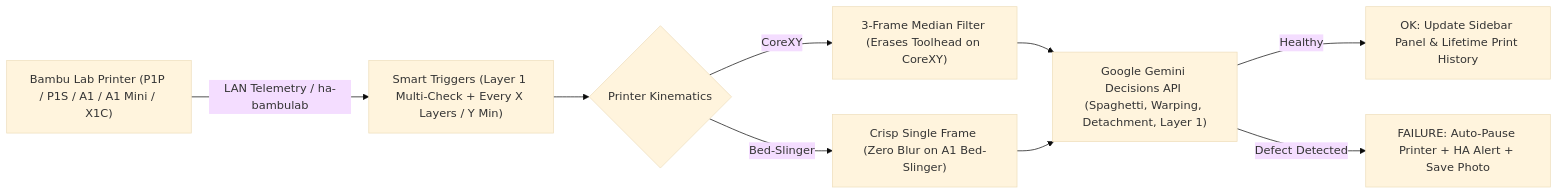
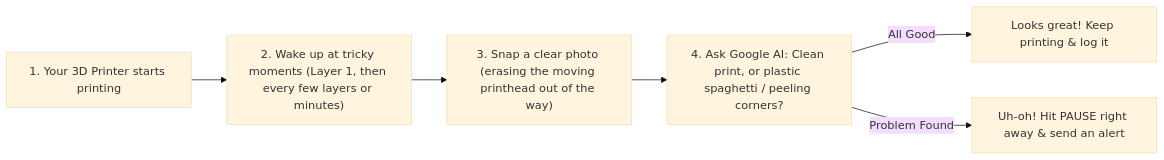
One commit to bibouinc/bambu-ai-guard changed the diagram in README.md. Above: the diagram before and after it, drawn with Mermaid (base theme).

Commit message:
docs: simplify Mermaid diagram to plain, beginner-friendly language

````diff
--- a/README.md
+++ b/README.md
@@ -36,20 +36,13 @@
 ```mermaid
 flowchart LR
-    P["Bambu Lab Printer (P1P / P1S / A1 / A1 Mini / X1C)"]
-    T["Smart Triggers (Layer 1 Multi-Check + Every X Layers / Y Min)"]
-    C{"Printer Kinematics"}
-    M["3-Frame Median Filter (Erases Toolhead on CoreXY)"]
-    S["Crisp Single Frame (Zero Blur on A1 Bed-Slinger)"]
-    AI["Google Gemini Decisions API (Spaghetti, Warping, Detachment, Layer 1)"]
-    OK["OK: Update Sidebar Panel & Lifetime Print History"]
-    FAIL["FAILURE: Auto-Pause Printer + HA Alert + Save Photo"]
+    P["1. Your 3D Printer starts printing"]
+    T["2. Wake up at tricky moments (Layer 1, then every few layers or minutes)"]
+    C["3. Snap a clear photo (erasing the moving printhead out of the way)"]
+    AI["4. Ask Google AI: Clean print, or plastic spaghetti / peeling corners?"]
+    OK["Looks great! Keep printing & log it"]
+    FAIL["Uh-oh! Hit PAUSE right away & send an alert"]
 
-    P -->|"LAN Telemetry / ha-bambulab"| T
-    T --> C
-    C -->|"CoreXY"| M
-    C -->|"Bed-Slinger"| S
-    M --> AI
-    S --> AI
-    AI -->|"Healthy"| OK
-    AI -->|"Defect Detected"| FAIL
+    P --> T --> C --> AI
+    AI -->|"All Good"| OK
+    AI -->|"Problem Found"| FAIL
 ```
````
